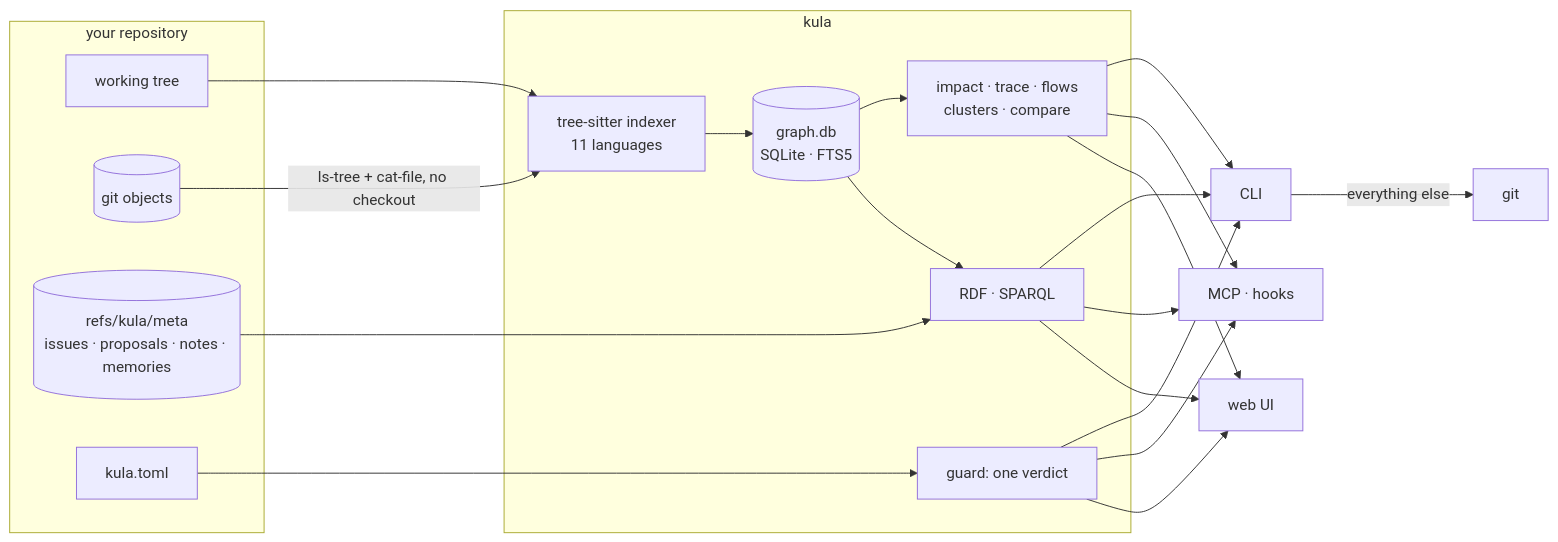
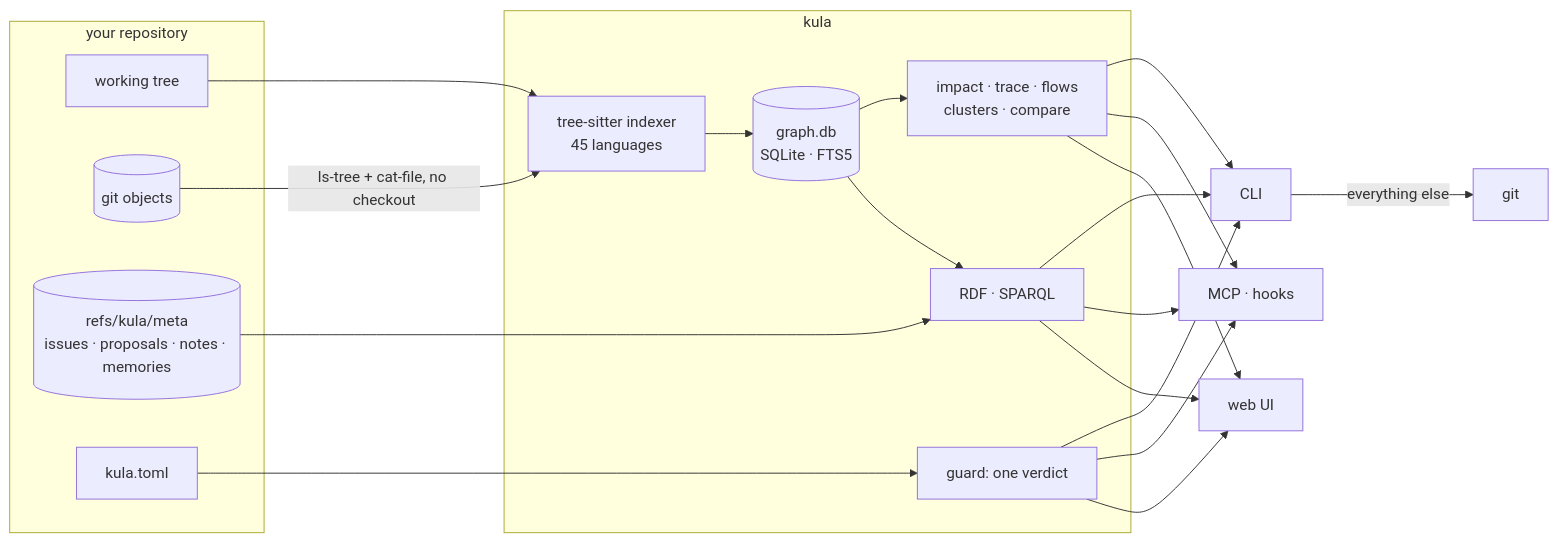
One commit to A12N4V/kula changed the fourth of 4 diagrams in README.md. Above: the diagram before and after it, drawn with Mermaid. The commit also changed other lines of this file and 105 other files, not shown here.

````diff
--- a/README.md
+++ b/README.md
@@ -390,26 +390,26 @@
 ```mermaid
 flowchart LR
     subgraph repo[your repository]
         WT[working tree]
         GIT[(git objects)]
         META[(refs/kula/meta<br/>issues · proposals · notes · memories)]
         TOML[kula.toml]
     end
     subgraph kula[kula]
-        IDX[tree-sitter indexer<br/>11 languages]
+        IDX[tree-sitter indexer<br/>45 languages]
         DB[(graph.db<br/>SQLite · FTS5)]
         G[impact · trace · flows<br/>clusters · compare]
         GU[guard: one verdict]
         KG[RDF · SPARQL]
     end
     WT --> IDX
     GIT -->|ls-tree + cat-file, no checkout| IDX
     IDX --> DB --> G
     DB --> KG
     META --> KG
     TOML --> GU
     G & GU & KG --> CLI[CLI]
     G & GU & KG --> MCP[MCP · hooks]
     G & GU & KG --> UI[web UI]
     CLI -->|everything else| GITBIN[git]
 ```
````
